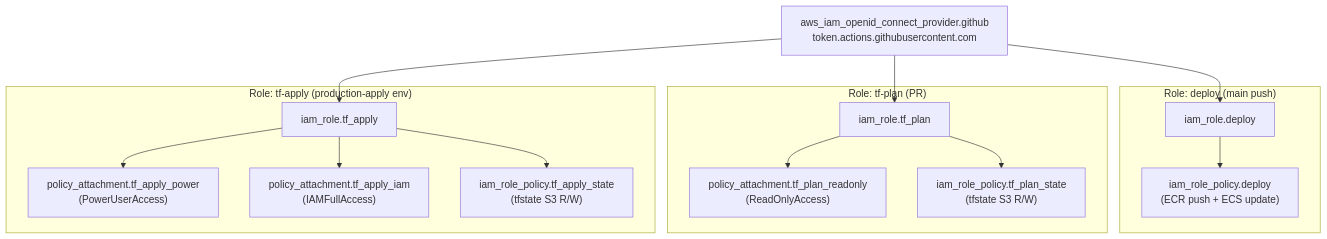
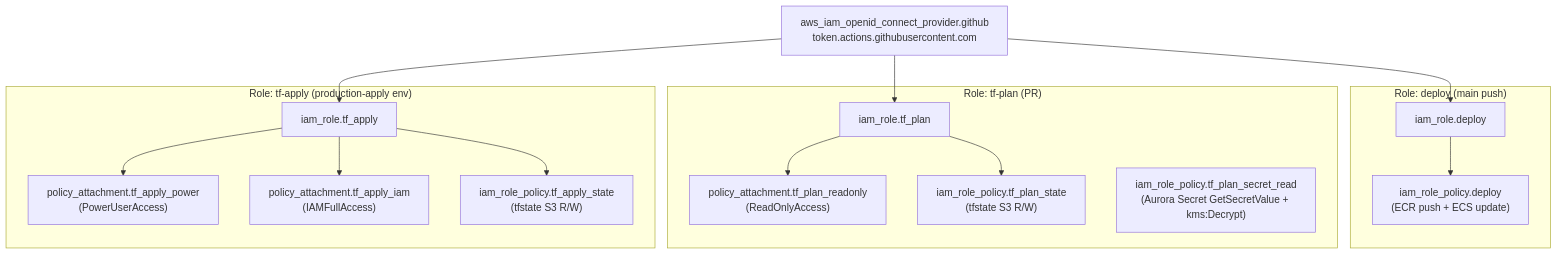
Before and after one commit to uchidas-rogue/game-api-sample: the fifth of 6 diagrams in terraform/aws_resource_mermaid.md, drawn with Mermaid. The commit also changed other lines of this file and 7 other files, not shown here.

````diff
--- a/terraform/aws_resource_mermaid.md
+++ b/terraform/aws_resource_mermaid.md
@@ -184,31 +184,32 @@
 ```mermaid
 flowchart TB
     OIDC["aws_iam_openid_connect_provider.github<br/>token.actions.githubusercontent.com"]
 
     subgraph Deploy["Role: deploy (main push)"]
         RDeploy["iam_role.deploy"]
         PDeploy["iam_role_policy.deploy<br/>(ECR push + ECS update)"]
     end
 
     subgraph TfPlan["Role: tf-plan (PR)"]
         RPlan["iam_role.tf_plan"]
         APlanRO["policy_attachment.tf_plan_readonly<br/>(ReadOnlyAccess)"]
         PPlanState["iam_role_policy.tf_plan_state<br/>(tfstate S3 R/W)"]
+        PPlanSecret["iam_role_policy.tf_plan_secret_read<br/>(Aurora Secret GetSecretValue + kms:Decrypt)"]
     end
 
     subgraph TfApply["Role: tf-apply (production-apply env)"]
         RApply["iam_role.tf_apply"]
         AApplyPower["policy_attachment.tf_apply_power<br/>(PowerUserAccess)"]
         AApplyIam["policy_attachment.tf_apply_iam<br/>(IAMFullAccess)"]
         PApplyState["iam_role_policy.tf_apply_state<br/>(tfstate S3 R/W)"]
     end
 
     OIDC --> RDeploy --> PDeploy
     OIDC --> RPlan
     RPlan --> APlanRO
     RPlan --> PPlanState
     OIDC --> RApply
     RApply --> AApplyPower
     RApply --> AApplyIam
     RApply --> PApplyState
 ```
````
